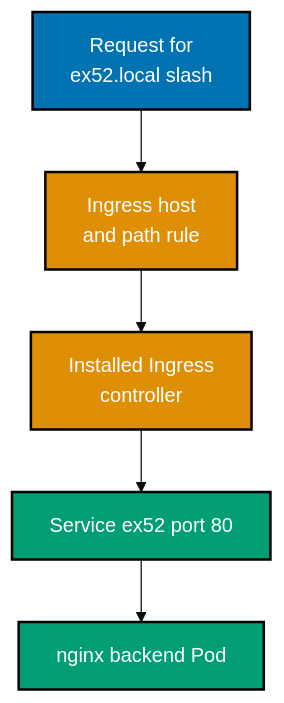
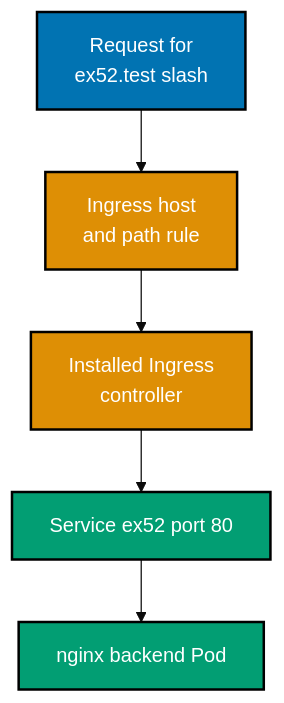
Before and after one commit to wahidyankf/ose-public: diagram 14 of 17 in apps/ayokoding-www/content/en/learn/courses/containers-and-orchestration/learning/intermediate.md, drawn with Mermaid (base theme). The commit also changed other lines of this file and 102 other files, not shown here.

````diff
--- a/apps/ayokoding-www/content/en/learn/courses/containers-and-orchestration/learning/intermediate.md
+++ b/apps/ayokoding-www/content/en/learn/courses/containers-and-orchestration/learning/intermediate.md
@@ -1033,14 +1033,14 @@
 ```mermaid
 %% Color Palette: Blue #0173B2, Orange #DE8F05, Teal #029E73; color-blind friendly WCAG AA palette
 %% TD expresses the sequential external request path through the configured data plane.
 graph TD
-    R["Request for<br/>ex52.local slash"]:::blue
+    R["Request for<br/>ex52.test slash"]:::blue
     I["Ingress host<br/>and path rule"]:::orange
     C["Installed Ingress<br/>controller"]:::orange
     S["Service ex52 port 80"]:::teal
     P["nginx backend Pod"]:::teal
     R --> I --> C --> S --> P
     classDef blue fill:#0173B2,stroke:#000000,color:#FFFFFF,stroke-width:2px
     classDef teal fill:#029E73,stroke:#000000,color:#FFFFFF,stroke-width:2px
     classDef orange fill:#DE8F05,stroke:#000000,color:#FFFFFF,stroke-width:2px
 ```
````
